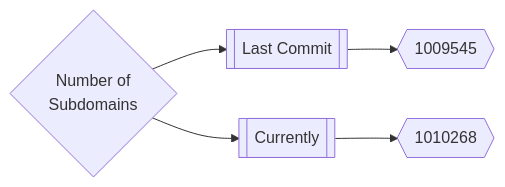
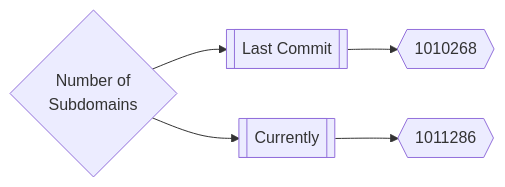
Before and after one commit to Excloudx6/inventory: the first of 3 diagrams in README.md, drawn with Mermaid. The commit also changed other lines of this file, not shown here.

Commit message:
Update README.md Mon Aug 15 22:19:43 UTC 2022

````diff
--- a/README.md
+++ b/README.md
@@ -167,5 +167,5 @@
 ```mermaid
 graph LR
-title{Number of<br>Subdomains} --> subdomainsDate1[[Last Commit]] --> subdomainsNum1{{1009545}}
-title --> subdomainsDate2[[Currently]] --> subdomainsNum2{{1010268}}
+title{Number of<br>Subdomains} --> subdomainsDate1[[Last Commit]] --> subdomainsNum1{{1010268}}
+title --> subdomainsDate2[[Currently]] --> subdomainsNum2{{1011286}}
 ```
````
